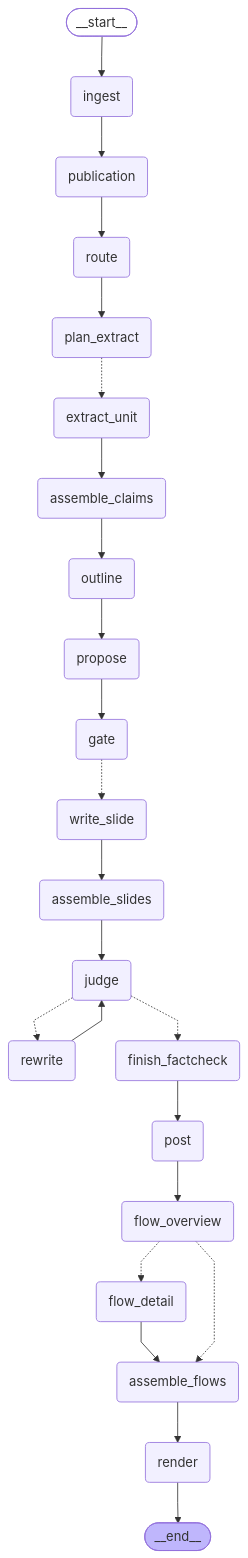
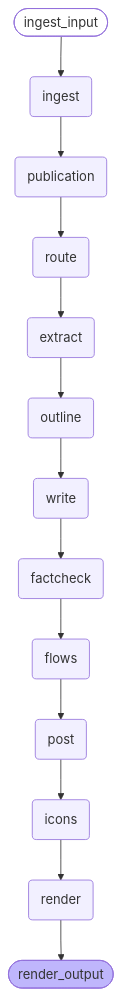
One commit to fodorad/labmate changed the third of 7 diagrams in docs/graphs.md. Above: the diagram before and after it, drawn with Mermaid. The commit also changed other lines of this file and 135 other files, not shown here.

Commit message:
feat!: paper2flow and paper2post as LangChain chains on a shared LangChain core (#4)

````diff
--- a/docs/graphs.md
+++ b/docs/graphs.md
@@ -54,54 +72,36 @@
 ```mermaid
 ---
 config:
   flowchart:
     curve: linear
 ---
 graph TD;
-	__start__([<p>__start__</p>]):::first
+	ingest_input([ingest_input]):::first
 	ingest(ingest)
 	publication(publication)
 	route(route)
-	plan_extract(plan_extract)
-	extract_unit(extract_unit)
-	assemble_claims(assemble_claims)
+	extract(extract)
 	outline(outline)
-	propose(propose)
-	gate(gate)
-	write_slide(write_slide)
-	assemble_slides(assemble_slides)
-	judge(judge)
-	rewrite(rewrite)
-	finish_factcheck(finish_factcheck)
+	write(write)
+	factcheck(factcheck)
+	flows(flows)
 	post(post)
-	flow_overview(flow_overview)
-	flow_detail(flow_detail)
-	assemble_flows(assemble_flows)
+	icons(icons)
 	render(render)
-	__end__([<p>__end__</p>]):::last
-	__start__ --> ingest;
-	assemble_claims --> outline;
-	assemble_flows --> render;
-	assemble_slides --> judge;
-	extract_unit --> assemble_claims;
-	finish_factcheck --> post;
-	flow_detail --> assemble_flows;
-	flow_overview -.-> assemble_flows;
-	flow_overview -.-> flow_detail;
-	gate -.-> write_slide;
+	render_output([render_output]):::last
+	ingest_input --> ingest;
 	ingest --> publication;
-	judge -.-> finish_factcheck;
-	judge -.-> rewrite;
-	outline --> propose;
-	plan_extract -.-> extract_unit;
-	post --> flow_overview;
-	propose --> gate;
 	publication --> route;
-	rewrite --> judge;
-	route --> plan_extract;
-	write_slide --> assemble_slides;
-	render --> __end__;
+	route --> extract;
+	extract --> outline;
+	outline --> write;
+	write --> factcheck;
+	factcheck --> flows;
+	flows --> post;
+	post --> icons;
+	render --> render_output;
+	icons --> render;
 	classDef default fill:#f2f0ff,line-height:1.2
 	classDef first fill-opacity:0
 	classDef last fill:#bfb6fc
 ```
````
